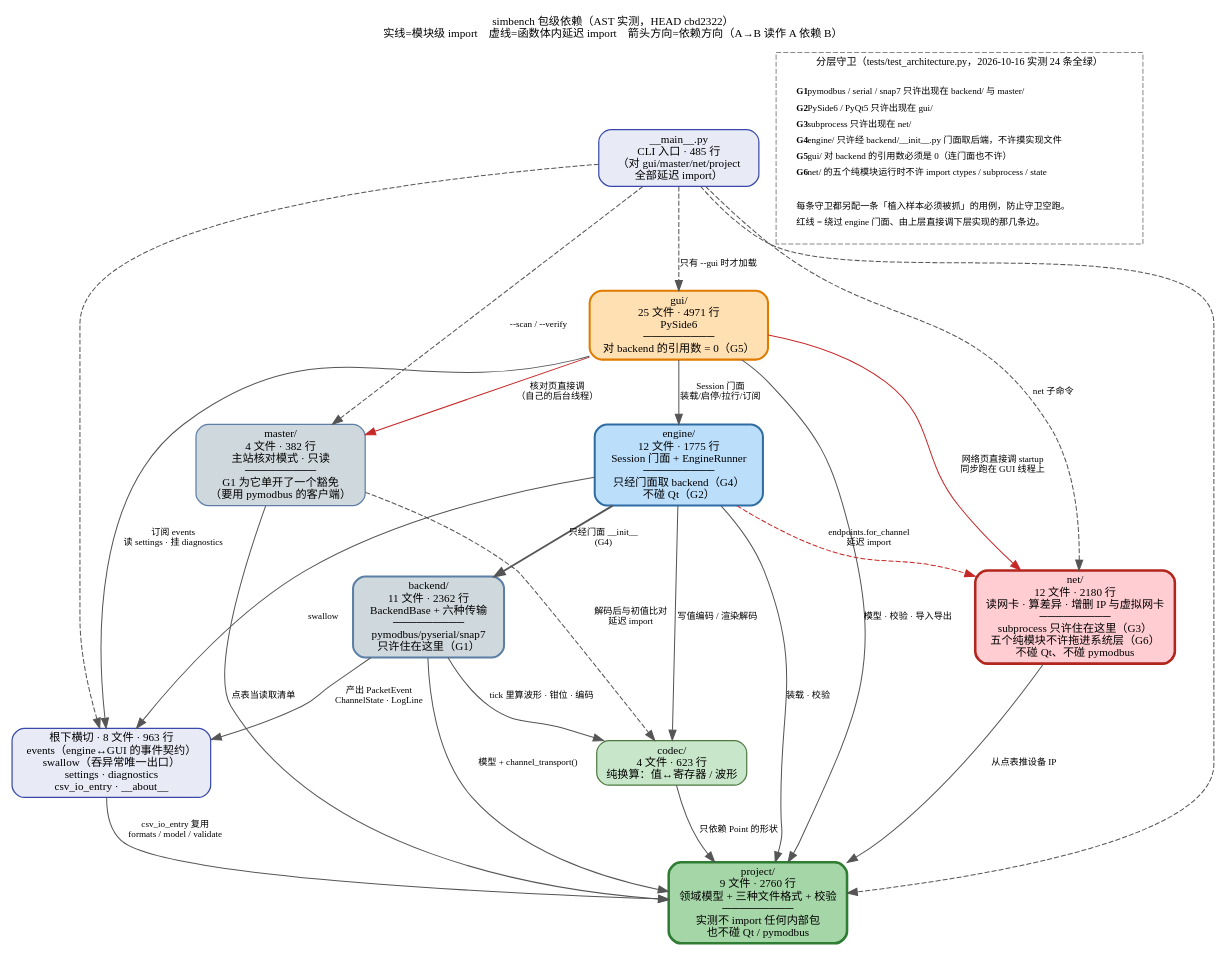
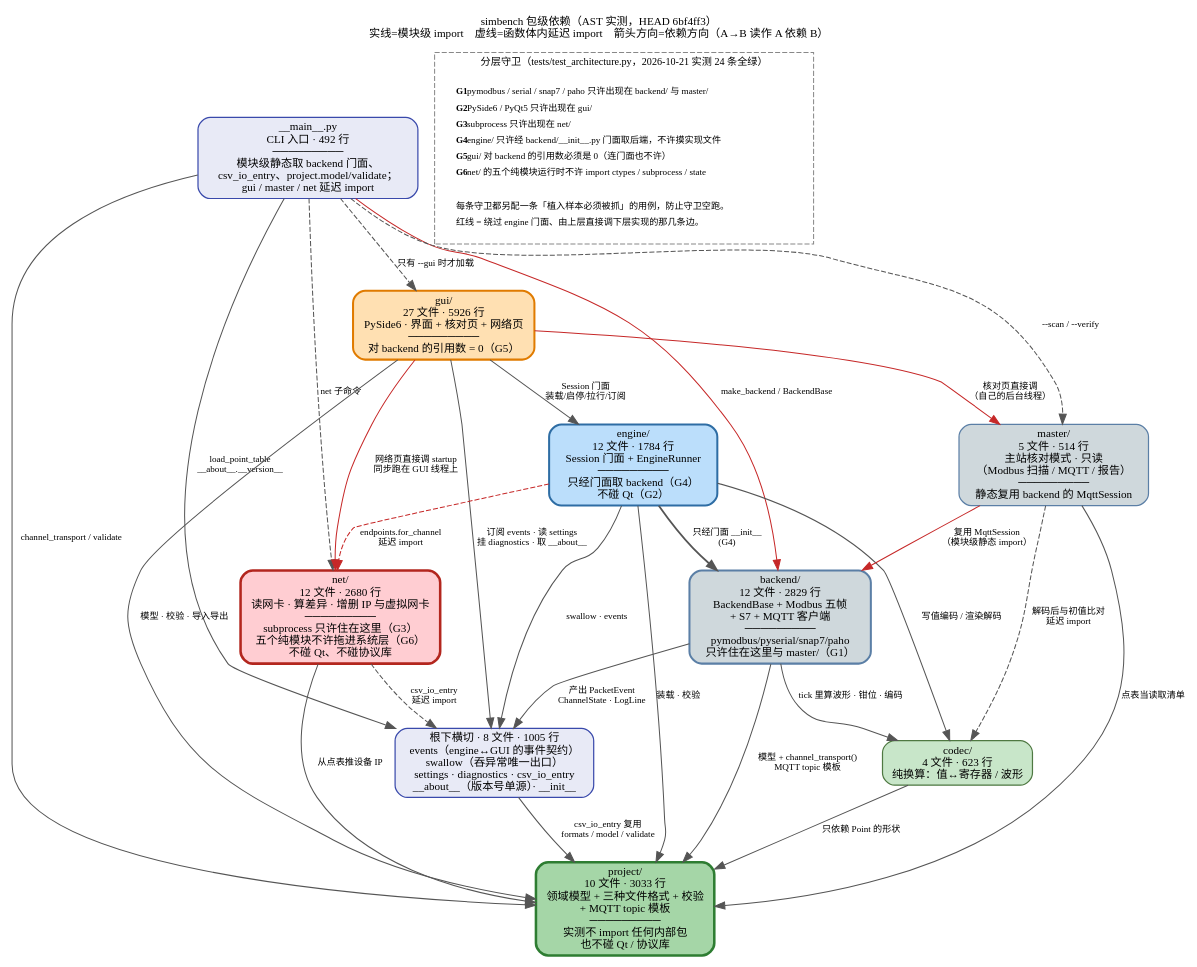
The diagram in docs/architecture/module-deps.dot (ITDIF/simbench), drawn with Graphviz before and after one commit. The commit also changed 4 other files, not shown here.

```diff
--- a/docs/architecture/module-deps.dot
+++ b/docs/architecture/module-deps.dot
@@ -1,123 +1,127 @@
 // simbench 包级依赖图 —— 由 AST 实测生成，不是按目录结构猜的
 //
-// 生成日期：2026-10-16　｜　取证基线：git HEAD cbd2322
+// 生成日期：2026-10-21　｜　取证基线：git HEAD 6bf4ff3（== origin/main）
 // 产出流程：architecture-visualization 的 system-modeler + graphviz
 //
 // 怎么重画（重跑同一段 AST 提取即可，脚本要点见同目录 system-model.md 的「怎么重新生成」）：
 //   1. 遍历 simbench/**/*.py，用 ast 取每个文件的 import；
 //   2. 相对 import（本项目几乎全用 from ..x）必须按 level 解析回绝对模块名，
 //      只扫 level==0 会得到一张空图 —— 这是本图第一次生成时踩到的坑；
 //   3. 按「第一层目录名」聚合成包级边；落在函数体内的 import 单独标成 lazy。
+//   4. 根下的 __main__.py 与横切模块分开算：__main__ 现在有模块级静态 import。
 //
 // 读图口径：
 //   实线 = 模块级 import（加载即成立）；虚线 = 函数体内延迟 import（调用时才成立）。
-//   颜色 = 分层：橙=界面，蓝=引擎，浅蓝=协议，绿=纯核，红=碰系统状态。
-//   G1..G6 = tests/test_architecture.py 里那条守卫（2026-10-16 实测 24 条全绿）。
+//   颜色 = 分层：橙=界面，蓝=引擎，浅蓝=协议/主站，绿=纯核，红=碰系统状态。
+//   G1..G6 = tests/test_architecture.py 里那条守卫（2026-10-21 实测 24 条全绿）。
 
 digraph simbench_package_deps {
     rankdir=TB;
     fontname="Microsoft YaHei";
     fontsize=11;
     labelloc="t";
-    label="simbench 包级依赖（AST 实测，HEAD cbd2322）\n实线=模块级 import　虚线=函数体内延迟 import　箭头方向=依赖方向（A→B 读作 A 依赖 B）";
+    label="simbench 包级依赖（AST 实测，HEAD 6bf4ff3）\n实线=模块级 import　虚线=函数体内延迟 import　箭头方向=依赖方向（A→B 读作 A 依赖 B）";
     compound=true;
     nodesep=0.35;
     ranksep=0.6;
 
     node [fontname="Microsoft YaHei", fontsize=11, shape=box,
           style="rounded,filled", penwidth=1.2];
     edge [fontname="Microsoft YaHei", fontsize=9, color="#555555"];
 
     // ============ 入口层 ============
-    main [label="__main__.py\nCLI 入口 · 485 行\n（对 gui/master/net/project\n全部延迟 import）",
+    main [label="__main__.py\nCLI 入口 · 492 行\n─────────\n模块级静态取 backend 门面、\ncsv_io_entry、project.model/validate；\ngui / master / net 延迟 import",
           fillcolor="#E8EAF6", color="#3949AB"];
 
     // ============ 界面层 ============
-    gui [label="gui/\n25 文件 · 4971 行\nPySide6\n─────────\n对 backend 的引用数 = 0（G5）",
+    gui [label="gui/\n27 文件 · 5926 行\nPySide6 · 界面 + 核对页 + 网络页\n─────────\n对 backend 的引用数 = 0（G5）",
          fillcolor="#FFE0B2", color="#E07B00", penwidth=2.0];
 
     // ============ 引擎层 ============
-    engine [label="engine/\n12 文件 · 1775 行\nSession 门面 + EngineRunner\n─────────\n只经门面取 backend（G4）\n不碰 Qt（G2）",
+    engine [label="engine/\n12 文件 · 1784 行\nSession 门面 + EngineRunner\n─────────\n只经门面取 backend（G4）\n不碰 Qt（G2）",
             fillcolor="#BBDEFB", color="#2E6DA4", penwidth=2.0];
 
     // ============ 协议层 ============
-    backend [label="backend/\n11 文件 · 2362 行\nBackendBase + 六种传输\n─────────\npymodbus/pyserial/snap7\n只许住在这里（G1）",
+    backend [label="backend/\n12 文件 · 2829 行\nBackendBase + Modbus 五帧\n+ S7 + MQTT 客户端\n─────────\npymodbus/pyserial/snap7/paho\n只许住在这里与 master/（G1）",
              fillcolor="#CFD8DC", color="#5B7FA6", penwidth=2.0];
-    master [label="master/\n4 文件 · 382 行\n主站核对模式 · 只读\n─────────\nG1 为它单开了一个豁免\n（要用 pymodbus 的客户端）",
+    master [label="master/\n5 文件 · 514 行\n主站核对模式 · 只读\n（Modbus 扫描 / MQTT / 报告）\n─────────\n静态复用 backend 的 MqttSession",
             fillcolor="#CFD8DC", color="#5B7FA6"];
 
     // ============ 纯核层 ============
     codec [label="codec/\n4 文件 · 623 行\n纯换算：值↔寄存器 / 波形",
            fillcolor="#C8E6C9", color="#4F7942"];
-    project [label="project/\n9 文件 · 2760 行\n领域模型 + 三种文件格式 + 校验\n─────────\n实测不 import 任何内部包\n也不碰 Qt / pymodbus",
+    project [label="project/\n10 文件 · 3033 行\n领域模型 + 三种文件格式 + 校验\n+ MQTT topic 模板\n─────────\n实测不 import 任何内部包\n也不碰 Qt / 协议库",
              fillcolor="#A5D6A7", color="#2E7D32", penwidth=2.5];
 
     // ============ 碰系统状态的那一层 ============
-    net [label="net/\n12 文件 · 2180 行\n读网卡 · 算差异 · 增删 IP 与虚拟网卡\n─────────\nsubprocess 只许住在这里（G3）\n五个纯模块不许拖进系统层（G6）\n不碰 Qt、不碰 pymodbus",
+    net [label="net/\n12 文件 · 2680 行\n读网卡 · 算差异 · 增删 IP 与虚拟网卡\n─────────\nsubprocess 只许住在这里（G3）\n五个纯模块不许拖进系统层（G6）\n不碰 Qt、不碰协议库",
          fillcolor="#FFCDD2", color="#B3261E", penwidth=2.5];
 
     // ============ 根下横切 ============
-    crosscut [label="根下横切 · 8 文件 · 963 行\nevents（engine↔GUI 的事件契约）\nswallow（吞异常唯一出口）\nsettings · diagnostics\ncsv_io_entry · __about__",
+    crosscut [label="根下横切 · 8 文件 · 1005 行\nevents（engine↔GUI 的事件契约）\nswallow（吞异常唯一出口）\nsettings · diagnostics · csv_io_entry\n__about__（版本号单源）· __init__",
               fillcolor="#E8EAF6", color="#3949AB"];
 
     // ================= 实测的边 =================
     // gui -> 五处
     gui -> engine   [label="Session 门面\n装载/启停/拉行/订阅"];
     gui -> project  [label="模型 · 校验 · 导入导出"];
     gui -> master   [label="核对页直接调\n（自己的后台线程）", color="#C62828"];
     gui -> net      [label="网络页直接调 startup\n同步跑在 GUI 线程上", color="#C62828"];
-    gui -> crosscut [label="订阅 events\n读 settings · 挂 diagnostics"];
+    gui -> crosscut [label="订阅 events · 读 settings\n挂 diagnostics · 取 __about__"];
 
     // engine -> 五处
     engine -> backend  [label="只经门面 __init__\n(G4)", penwidth=1.8];
     engine -> codec    [label="写值编码 / 渲染解码"];
     engine -> project  [label="装载 · 校验"];
-    engine -> crosscut [label="swallow"];
+    engine -> crosscut [label="swallow · events"];
     engine -> net      [label="endpoints.for_channel\n延迟 import", style=dashed, color="#C62828"];
 
     // backend -> 三处
     backend -> codec    [label="tick 里算波形 · 钳位 · 编码"];
-    backend -> project  [label="模型 + channel_transport()"];
+    backend -> project  [label="模型 + channel_transport()\nMQTT topic 模板"];
     backend -> crosscut [label="产出 PacketEvent\nChannelState · LogLine"];
 
-    // master -> 两处
+    // master -> 三处
     master -> project [label="点表当读取清单"];
     master -> codec   [label="解码后与初值比对\n延迟 import", style=dashed];
+    master -> backend [label="复用 MqttSession\n（模块级静态 import）", color="#C62828"];
 
-    // net -> 一处
-    net -> project [label="从点表推设备 IP"];
+    // net -> 两处
+    net -> project  [label="从点表推设备 IP"];
+    net -> crosscut [label="csv_io_entry\n延迟 import", style=dashed];
 
     // codec -> 一处
     codec -> project [label="只依赖 Point 的形状"];
 
     // 根下横切 -> 一处
     crosscut -> project [label="csv_io_entry 复用\nformats / model / validate"];
 
-    // __main__ 全部延迟 import（CLI 冷启动不被 Qt 与协议库拖慢）
+    // __main__：协议/点表/横切是静态，界面与系统层延迟（冷启动不被 Qt 拖慢）
+    main -> backend  [label="make_backend / BackendBase", color="#C62828"];
+    main -> project  [label="channel_transport / validate"];
+    main -> crosscut [label="load_point_table\n__about__.__version__"];
     main -> gui      [style=dashed, label="只有 --gui 时才加载"];
     main -> master   [style=dashed, label="--scan / --verify"];
     main -> net      [style=dashed, label="net 子命令"];
-    main -> project  [style=dashed];
-    main -> crosscut [style=dashed];
 
     // ================= 图例 =================
     subgraph cluster_legend {
-        label="分层守卫（tests/test_architecture.py，2026-10-16 实测 24 条全绿）";
+        label="分层守卫（tests/test_architecture.py，2026-10-21 实测 24 条全绿）";
         fontname="Microsoft YaHei"; fontsize=10;
         style="dashed"; color="#888888";
         node [shape=plaintext, fillcolor="#FFFFFF", style="", fontname="Consolas", fontsize=9];
         legend [label=<
           <TABLE BORDER="0" CELLBORDER="0" CELLSPACING="2" ALIGN="LEFT">
-            <TR><TD ALIGN="LEFT"><B>G1</B> pymodbus / serial / snap7 只许出现在 backend/ 与 master/</TD></TR>
+            <TR><TD ALIGN="LEFT"><B>G1</B> pymodbus / serial / snap7 / paho 只许出现在 backend/ 与 master/</TD></TR>
             <TR><TD ALIGN="LEFT"><B>G2</B> PySide6 / PyQt5 只许出现在 gui/</TD></TR>
             <TR><TD ALIGN="LEFT"><B>G3</B> subprocess 只许出现在 net/</TD></TR>
             <TR><TD ALIGN="LEFT"><B>G4</B> engine/ 只许经 backend/__init__.py 门面取后端，不许摸实现文件</TD></TR>
             <TR><TD ALIGN="LEFT"><B>G5</B> gui/ 对 backend 的引用数必须是 0（连门面也不许）</TD></TR>
             <TR><TD ALIGN="LEFT"><B>G6</B> net/ 的五个纯模块运行时不许 import ctypes / subprocess / state</TD></TR>
             <TR><TD ALIGN="LEFT"> </TD></TR>
             <TR><TD ALIGN="LEFT">每条守卫都另配一条「植入样本必须被抓」的用例，防止守卫空跑。</TD></TR>
             <TR><TD ALIGN="LEFT">红线 = 绕过 engine 门面、由上层直接调下层实现的那几条边。</TD></TR>
           </TABLE>
         >];
     }
 }
```
